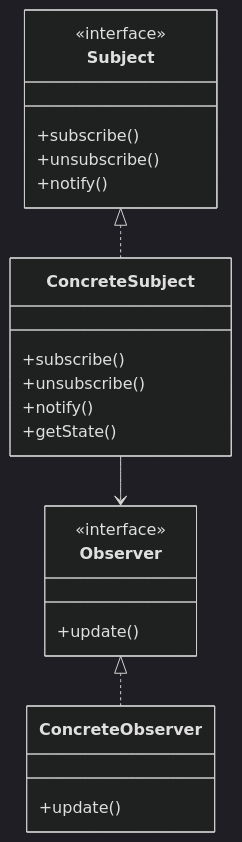
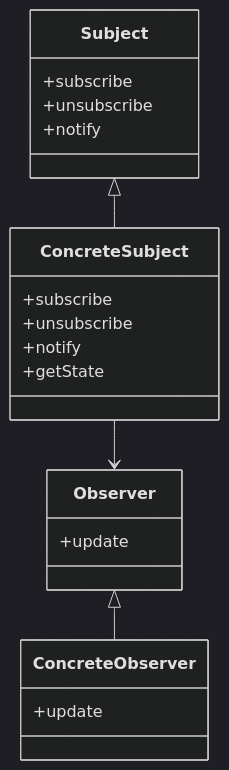
The second of 7 diagrams in src/content/lld-observer-design-pattern.md (gojosatoru123-ux/CacheU), drawn with Mermaid (dark theme) before and after one commit. The commit also changed other lines of this file and 21 other files, not shown here.

````diff
--- a/src/content/lld-observer-design-pattern.md
+++ b/src/content/lld-observer-design-pattern.md
@@ -103,29 +103,27 @@
 ```mermaid
 classDiagram
     class Subject {
-        <<interface>>
-        +subscribe()
-        +unsubscribe()
-        +notify()
+        +subscribe
+        +unsubscribe
+        +notify
     }
 
     class Observer {
-        <<interface>>
-        +update()
+        +update
     }
 
     class ConcreteSubject {
-        +subscribe()
-        +unsubscribe()
-        +notify()
-        +getState()
+        +subscribe
+        +unsubscribe
+        +notify
+        +getState
     }
 
     class ConcreteObserver {
-        +update()
+        +update
     }
 
-    Subject <|.. ConcreteSubject
-    Observer <|.. ConcreteObserver
+    Subject <|-- ConcreteSubject
+    Observer <|-- ConcreteObserver
     ConcreteSubject --> Observer
 ```
````
